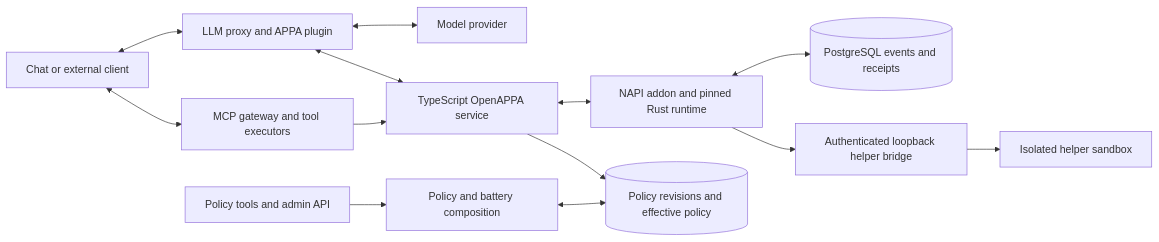
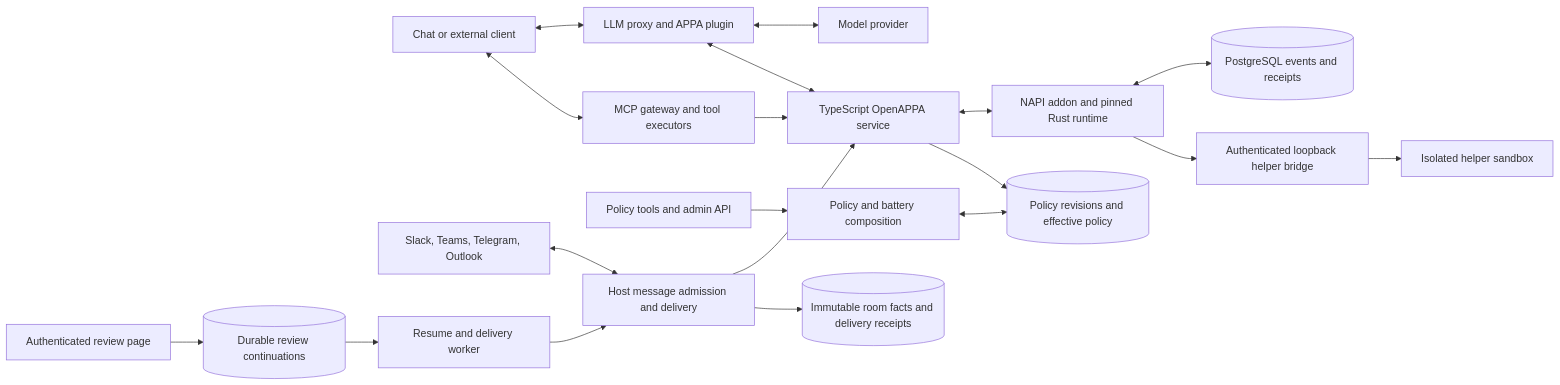
One commit to archestra-ai/archestra changed the first of 10 diagrams in docs/openappa-architecture.md. Above: the diagram before and after it, drawn with Mermaid. The commit also changed other lines of this file and 148 other files, not shown here.

````diff
--- a/docs/openappa-architecture.md
+++ b/docs/openappa-architecture.md
@@ -13,15 +13,21 @@
 ```mermaid
 flowchart LR
   Client[Chat or external client] <--> Proxy[LLM proxy and APPA plugin]
   Proxy <--> Provider[Model provider]
   Client <--> Gateway[MCP gateway and tool executors]
   Proxy <--> Host[TypeScript OpenAPPA service]
   Gateway --> Host
   Host <--> Native[NAPI addon and pinned Rust runtime]
   Native <--> Ledger[(PostgreSQL events and receipts)]
   Admin[Policy tools and admin API] --> Composer[Policy and battery composition]
   Composer <--> PolicyDB[(Policy revisions and effective policy)]
   Host --> PolicyDB
   Native --> Bridge[Authenticated loopback helper bridge]
   Bridge --> Sandbox[Isolated helper sandbox]
+  Transport[Slack, Teams, Telegram, Outlook] <--> NativeHost[Host message admission and delivery]
+  NativeHost --> Host
+  NativeHost --> Rooms[(Immutable room facts and delivery receipts)]
+  Reviewer[Authenticated review page] --> Outbox[(Durable review continuations)]
+  Outbox --> Worker[Resume and delivery worker]
+  Worker --> NativeHost
 ```
````
